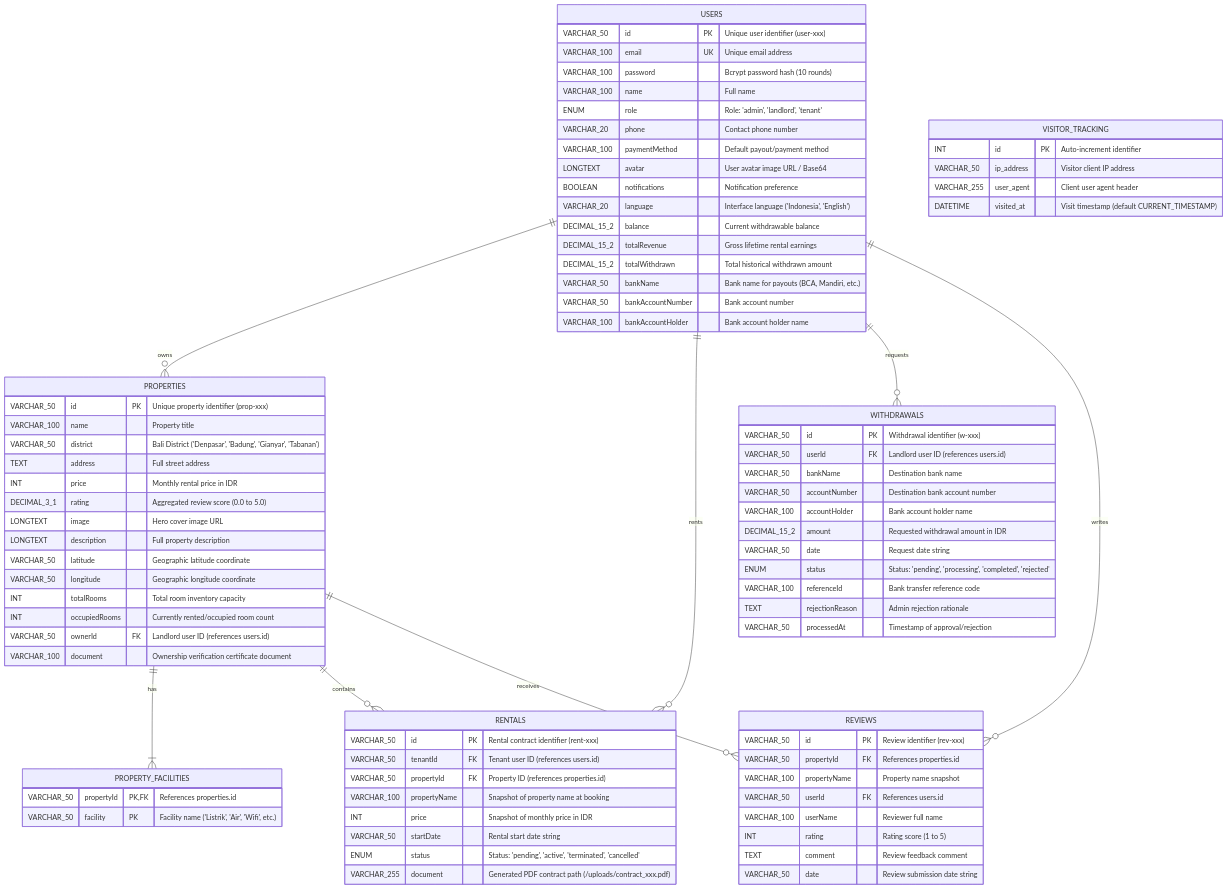
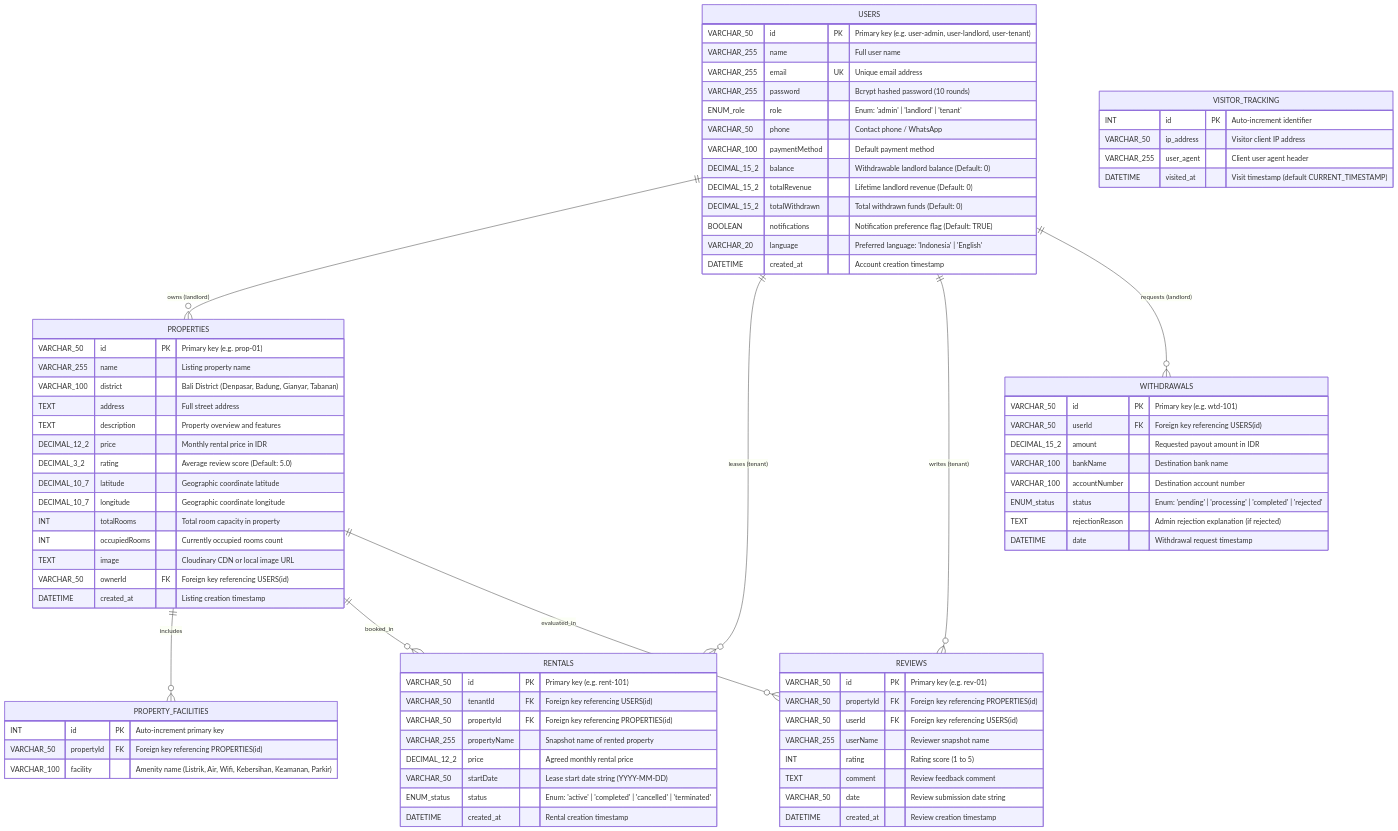
The second of 4 diagrams in PROJECT_HANDOFF.md (Dramaniako/KOSMO-landing-page), drawn with Mermaid before and after one commit. The commit also changed other lines of this file, not shown here.

Commit message:
docs: author comprehensive production technical handoff document

````diff
--- a/PROJECT_HANDOFF.md
+++ b/PROJECT_HANDOFF.md
@@ -138,88 +156,83 @@
 ```mermaid
 erDiagram
-    USERS ||--o{ PROPERTIES : owns
-    USERS ||--o{ RENTALS : rents
-    USERS ||--o{ WITHDRAWALS : requests
-    USERS ||--o{ REVIEWS : writes
-    PROPERTIES ||--|{ PROPERTY_FACILITIES : has
-    PROPERTIES ||--o{ RENTALS : contains
-    PROPERTIES ||--o{ REVIEWS : receives
+    USERS ||--o{ PROPERTIES : "owns (landlord)"
+    USERS ||--o{ RENTALS : "leases (tenant)"
+    USERS ||--o{ REVIEWS : "writes (tenant)"
+    USERS ||--o{ WITHDRAWALS : "requests (landlord)"
+    PROPERTIES ||--o{ PROPERTY_FACILITIES : "includes"
+    PROPERTIES ||--o{ RENTALS : "booked_in"
+    PROPERTIES ||--o{ REVIEWS : "evaluated_in"
 
     USERS {
-        VARCHAR_50 id PK "Unique user identifier (user-xxx)"
-        VARCHAR_100 email UK "Unique email address"
-        VARCHAR_100 password "Bcrypt password hash (10 rounds)"
-        VARCHAR_100 name "Full name"
-        ENUM role "Role: 'admin', 'landlord', 'tenant'"
-        VARCHAR_20 phone "Contact phone number"
-        VARCHAR_100 paymentMethod "Default payout/payment method"
-        LONGTEXT avatar "User avatar image URL / Base64"
-        BOOLEAN notifications "Notification preference"
-        VARCHAR_20 language "Interface language ('Indonesia', 'English')"
-        DECIMAL_15_2 balance "Current withdrawable balance"
-        DECIMAL_15_2 totalRevenue "Gross lifetime rental earnings"
-        DECIMAL_15_2 totalWithdrawn "Total historical withdrawn amount"
-        VARCHAR_50 bankName "Bank name for payouts (BCA, Mandiri, etc.)"
-        VARCHAR_50 bankAccountNumber "Bank account number"
-        VARCHAR_100 bankAccountHolder "Bank account holder name"
+        VARCHAR_50 id PK "Primary key (e.g. user-admin, user-landlord, user-tenant)"
+        VARCHAR_255 name "Full user name"
+        VARCHAR_255 email UK "Unique email address"
+        VARCHAR_255 password "Bcrypt hashed password (10 rounds)"
+        ENUM_role role "Enum: 'admin' | 'landlord' | 'tenant'"
+        VARCHAR_50 phone "Contact phone / WhatsApp"
+        VARCHAR_100 paymentMethod "Default payment method"
+        DECIMAL_15_2 balance "Withdrawable landlord balance (Default: 0)"
+        DECIMAL_15_2 totalRevenue "Lifetime landlord revenue (Default: 0)"
+        DECIMAL_15_2 totalWithdrawn "Total withdrawn funds (Default: 0)"
+        BOOLEAN notifications "Notification preference flag (Default: TRUE)"
+        VARCHAR_20 language "Preferred language: 'Indonesia' | 'English'"
+        DATETIME created_at "Account creation timestamp"
     }
 
     PROPERTIES {
-        VARCHAR_50 id PK "Unique property identifier (prop-xxx)"
-        VARCHAR_100 name "Property title"
-        VARCHAR_50 district "Bali District ('Denpasar', 'Badung', 'Gianyar', 'Tabanan')"
+        VARCHAR_50 id PK "Primary key (e.g. prop-01)"
+        VARCHAR_255 name "Listing property name"
+        VARCHAR_100 district "Bali District (Denpasar, Badung, Gianyar, Tabanan)"
         TEXT address "Full street address"
-        INT price "Monthly rental price in IDR"
-        DECIMAL_3_1 rating "Aggregated review score (0.0 to 5.0)"
-        LONGTEXT image "Hero cover image URL"
-        LONGTEXT description "Full property description"
-        VARCHAR_50 latitude "Geographic latitude coordinate"
-        VARCHAR_50 longitude "Geographic longitude coordinate"
-        INT totalRooms "Total room inventory capacity"
-        INT occupiedRooms "Currently rented/occupied room count"
-        VARCHAR_50 ownerId FK "Landlord user ID (references users.id)"
-        VARCHAR_100 document "Ownership verification certificate document"
+        TEXT description "Property overview and features"
+        DECIMAL_12_2 price "Monthly rental price in IDR"
+        DECIMAL_3_2 rating "Average review score (Default: 5.0)"
+        DECIMAL_10_7 latitude "Geographic coordinate latitude"
+        DECIMAL_10_7 longitude "Geographic coordinate longitude"
+        INT totalRooms "Total room capacity in property"
+        INT occupiedRooms "Currently occupied rooms count"
+        TEXT image "Cloudinary CDN or local image URL"
+        VARCHAR_50 ownerId FK "Foreign key referencing USERS(id)"
+        DATETIME created_at "Listing creation timestamp"
     }
 
     PROPERTY_FACILITIES {
-        VARCHAR_50 propertyId PK,FK "References properties.id"
-        VARCHAR_50 facility PK "Facility name ('Listrik', 'Air', 'Wifi', etc.)"
+        INT id PK "Auto-increment primary key"
+        VARCHAR_50 propertyId FK "Foreign key referencing PROPERTIES(id)"
+        VARCHAR_100 facility "Amenity name (Listrik, Air, Wifi, Kebersihan, Keamanan, Parkir)"
     }
 
     RENTALS {
-        VARCHAR_50 id PK "Rental contract identifier (rent-xxx)"
-        VARCHAR_50 tenantId FK "Tenant user ID (references users.id)"
-        VARCHAR_50 propertyId FK "Property ID (references properties.id)"
-        VARCHAR_100 propertyName "Snapshot of property name at booking"
-        INT price "Snapshot of monthly price in IDR"
-        VARCHAR_50 startDate "Rental start date string"
-        ENUM status "Status: 'pending', 'active', 'terminated', 'cancelled'"
-        VARCHAR_255 document "Generated PDF contract path (/uploads/contract_xxx.pdf)"
+        VARCHAR_50 id PK "Primary key (e.g. rent-101)"
+        VARCHAR_50 tenantId FK "Foreign key referencing USERS(id)"
+        VARCHAR_50 propertyId FK "Foreign key referencing PROPERTIES(id)"
+        VARCHAR_255 propertyName "Snapshot name of rented property"
+        DECIMAL_12_2 price "Agreed monthly rental price"
+        VARCHAR_50 startDate "Lease start date string (YYYY-MM-DD)"
+        ENUM_status status "Enum: 'active' | 'completed' | 'cancelled' | 'terminated'"
+        DATETIME created_at "Rental creation timestamp"
     }
 
     WITHDRAWALS {
-        VARCHAR_50 id PK "Withdrawal identifier (w-xxx)"
-        VARCHAR_50 userId FK "Landlord user ID (references users.id)"
-        VARCHAR_50 bankName "Destination bank name"
-        VARCHAR_50 accountNumber "Destination bank account number"
-        VARCHAR_100 accountHolder "Bank account holder name"
-        DECIMAL_15_2 amount "Requested withdrawal amount in IDR"
-        VARCHAR_50 date "Request date string"
-        ENUM status "Status: 'pending', 'processing', 'completed', 'rejected'"
-        VARCHAR_100 referenceId "Bank transfer reference code"
-        TEXT rejectionReason "Admin rejection rationale"
-        VARCHAR_50 processedAt "Timestamp of approval/rejection"
+        VARCHAR_50 id PK "Primary key (e.g. wtd-101)"
+        VARCHAR_50 userId FK "Foreign key referencing USERS(id)"
+        DECIMAL_15_2 amount "Requested payout amount in IDR"
+        VARCHAR_100 bankName "Destination bank name"
+        VARCHAR_100 accountNumber "Destination account number"
+        ENUM_status status "Enum: 'pending' | 'processing' | 'completed' | 'rejected'"
+        TEXT rejectionReason "Admin rejection explanation (if rejected)"
+        DATETIME date "Withdrawal request timestamp"
     }
 
     REVIEWS {
-        VARCHAR_50 id PK "Review identifier (rev-xxx)"
-        VARCHAR_50 propertyId FK "References properties.id"
-        VARCHAR_100 propertyName "Property name snapshot"
-        VARCHAR_50 userId FK "References users.id"
-        VARCHAR_100 userName "Reviewer full name"
+        VARCHAR_50 id PK "Primary key (e.g. rev-01)"
+        VARCHAR_50 propertyId FK "Foreign key referencing PROPERTIES(id)"
+        VARCHAR_50 userId FK "Foreign key referencing USERS(id)"
+        VARCHAR_255 userName "Reviewer snapshot name"
         INT rating "Rating score (1 to 5)"
         TEXT comment "Review feedback comment"
         VARCHAR_50 date "Review submission date string"
+        DATETIME created_at "Review creation timestamp"
     }
 
     VISITOR_TRACKING {
````
